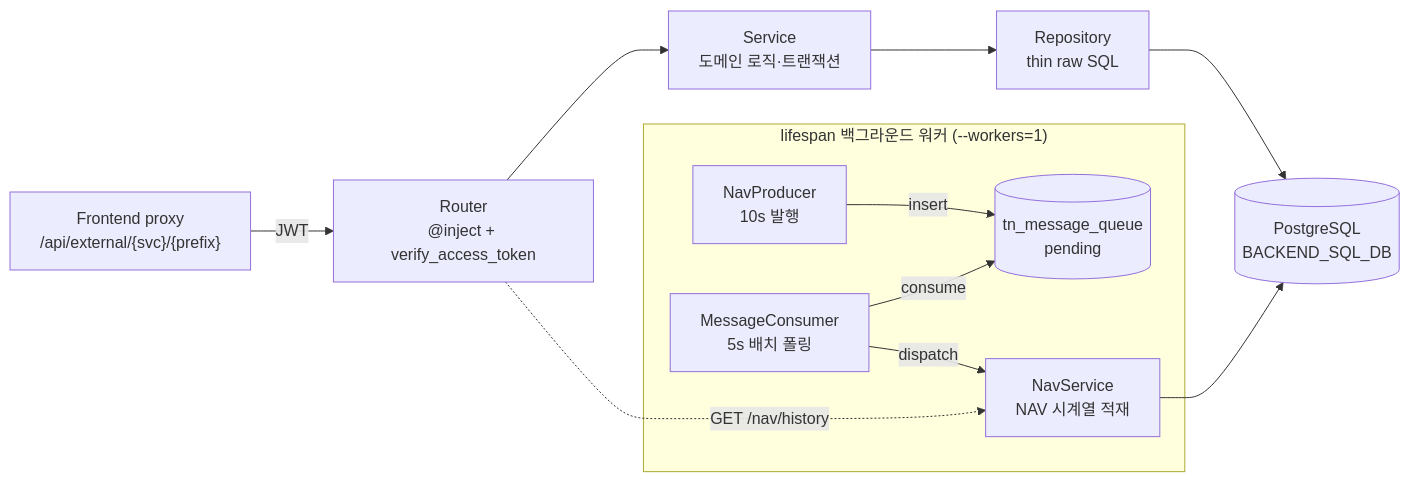
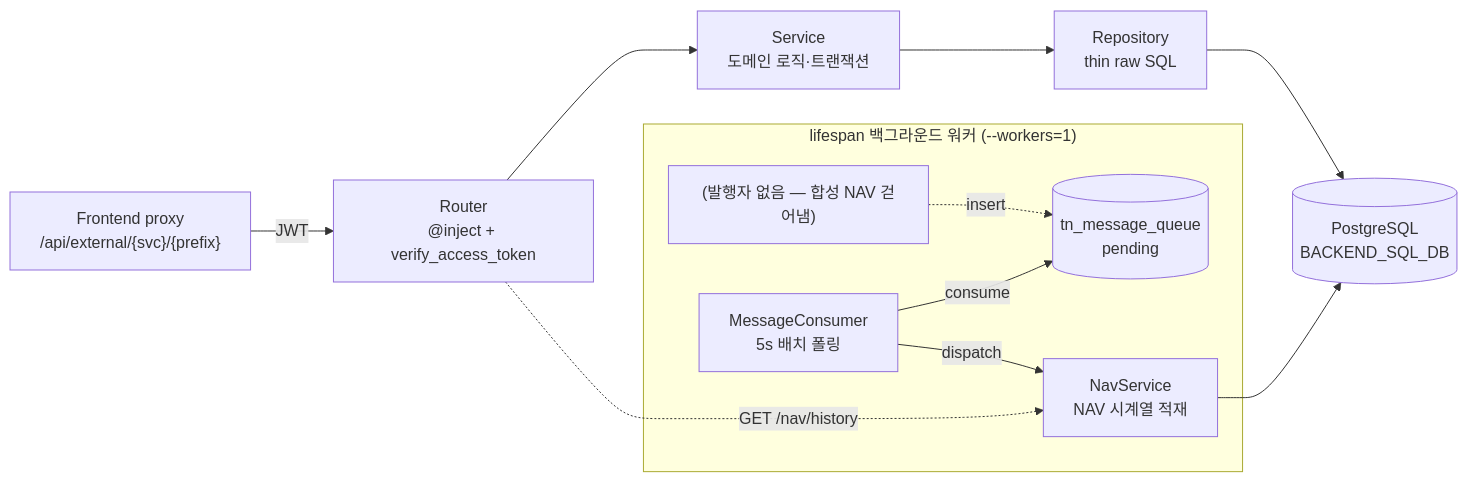
Before and after one commit to Danwoo/trading-lab: the diagram in backend-service/README.md, drawn with Mermaid. The commit also changed other lines of this file and 7 other files, not shown here.

````diff
--- a/backend-service/README.md
+++ b/backend-service/README.md
@@ -26,14 +26,14 @@
 ```mermaid
 flowchart LR
   FE["Frontend proxy<br/>/api/external/{svc}/{prefix}"] -->|JWT| R["Router<br/>@inject + verify_access_token"]
   R --> S["Service<br/>도메인 로직·트랜잭션"]
   S --> Repo["Repository<br/>thin raw SQL"]
   Repo --> DB[("PostgreSQL<br/>BACKEND_SQL_DB")]
   subgraph LS["lifespan 백그라운드 워커 (--workers=1)"]
-    P["NavProducer<br/>10s 발행"] -->|insert| Q[("tn_message_queue<br/>pending")]
+    P["(발행자 없음 — 합성 NAV 걷어냄)"] -.->|insert| Q[("tn_message_queue<br/>pending")]
     C["MessageConsumer<br/>5s 배치 폴링"] -->|consume| Q
     C -->|dispatch| MS["NavService<br/>NAV 시계열 적재"]
   end
   MS --> DB
   R -.GET /nav/history.-> MS
 ```
````
